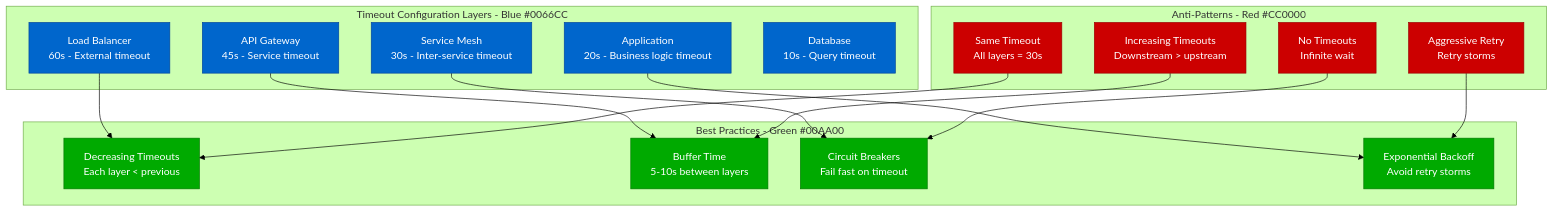
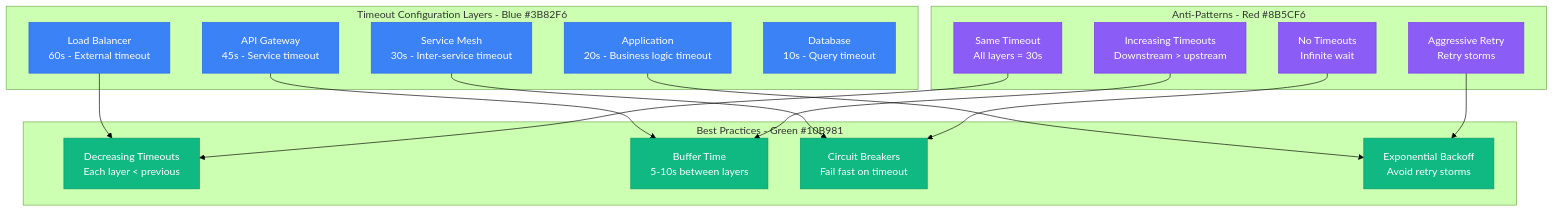
One commit to deepaucksharma/DS changed the second of 3 diagrams in site/docs/debugging/microservice-timeout-chains-debugging.md. Above: the diagram before and after it, drawn with Mermaid (forest theme). The commit also changed other lines of this file and 187 other files, not shown here.

````diff
--- a/site/docs/debugging/microservice-timeout-chains-debugging.md
+++ b/site/docs/debugging/microservice-timeout-chains-debugging.md
@@ -131,42 +131,42 @@
 ```mermaid
 graph TB
-    subgraph TimeoutLayers[Timeout Configuration Layers - Blue #0066CC]
+    subgraph TimeoutLayers[Timeout Configuration Layers - Blue #3B82F6]
         LOAD_BALANCER[Load Balancer<br/>60s - External timeout]
         API_GATEWAY[API Gateway<br/>45s - Service timeout]
         SERVICE_MESH[Service Mesh<br/>30s - Inter-service timeout]
         APPLICATION[Application<br/>20s - Business logic timeout]
         DATABASE[Database<br/>10s - Query timeout]
     end
 
-    subgraph BestPractices[Best Practices - Green #00AA00]
+    subgraph BestPractices[Best Practices - Green #10B981]
         DECREASING[Decreasing Timeouts<br/>Each layer < previous]
         BUFFER_TIME[Buffer Time<br/>5-10s between layers]
         CIRCUIT_BREAKERS[Circuit Breakers<br/>Fail fast on timeout]
         RETRY_LOGIC[Exponential Backoff<br/>Avoid retry storms]
     end
 
-    subgraph AntiPatterns[Anti-Patterns - Red #CC0000]
+    subgraph AntiPatterns[Anti-Patterns - Red #8B5CF6]
         SAME_TIMEOUT[Same Timeout<br/>All layers = 30s]
         INCREASING[Increasing Timeouts<br/>Downstream > upstream]
         NO_TIMEOUTS[No Timeouts<br/>Infinite wait]
         AGGRESSIVE_RETRY[Aggressive Retry<br/>Retry storms]
     end
 
     LOAD_BALANCER --> DECREASING
     API_GATEWAY --> BUFFER_TIME
     SERVICE_MESH --> CIRCUIT_BREAKERS
     APPLICATION --> RETRY_LOGIC
 
     SAME_TIMEOUT --> DECREASING
     INCREASING --> BUFFER_TIME
     NO_TIMEOUTS --> CIRCUIT_BREAKERS
     AGGRESSIVE_RETRY --> RETRY_LOGIC
 
-    classDef timeoutStyle fill:#0066CC,stroke:#004499,color:#fff
-    classDef goodStyle fill:#00AA00,stroke:#007700,color:#fff
-    classDef badStyle fill:#CC0000,stroke:#990000,color:#fff
+    classDef timeoutStyle fill:#3B82F6,stroke:#2563EB,color:#fff
+    classDef goodStyle fill:#10B981,stroke:#059669,color:#fff
+    classDef badStyle fill:#8B5CF6,stroke:#7C3AED,color:#fff
 
     class LOAD_BALANCER,API_GATEWAY,SERVICE_MESH,APPLICATION,DATABASE timeoutStyle
     class DECREASING,BUFFER_TIME,CIRCUIT_BREAKERS,RETRY_LOGIC goodStyle
     class SAME_TIMEOUT,INCREASING,NO_TIMEOUTS,AGGRESSIVE_RETRY badStyle
 ```
````
